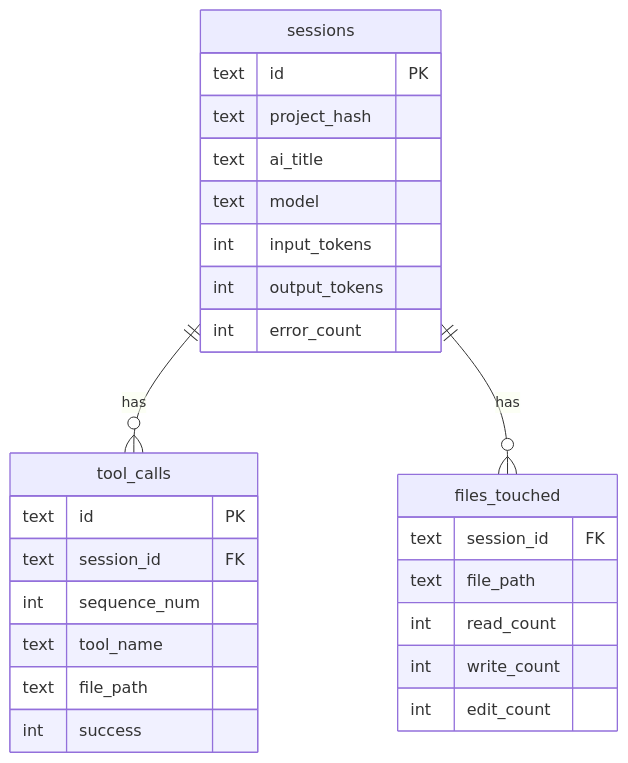
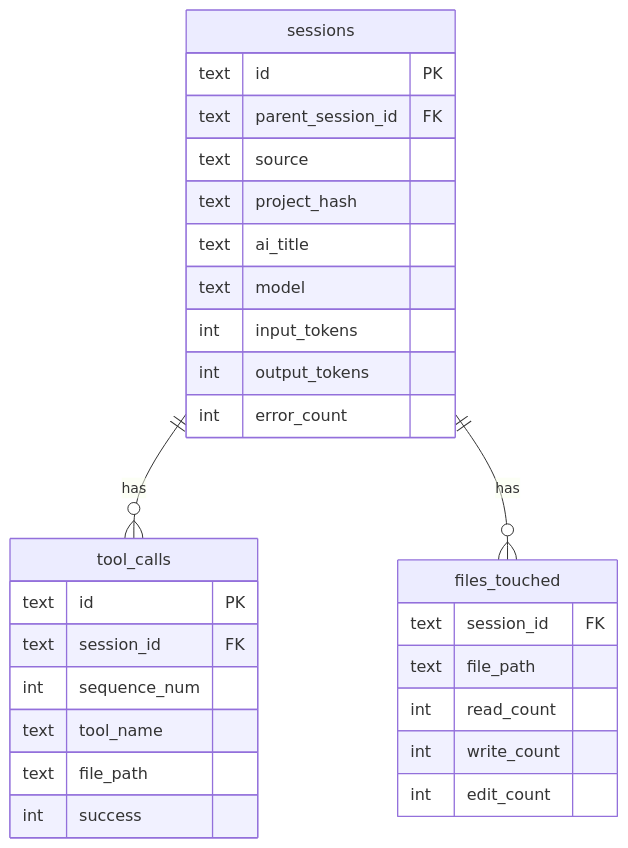
One commit to MohammadYusif/agentslog changed the third of 3 diagrams in README.md. Above: the diagram before and after it, drawn with Mermaid. The commit also changed other lines of this file and 2 other files, not shown here.

````diff
--- a/README.md
+++ b/README.md
@@ -242,29 +289,31 @@
 ```mermaid
 erDiagram
     sessions ||--o{ tool_calls : has
     sessions ||--o{ files_touched : has
     sessions {
         text id PK
+        text parent_session_id FK
+        text source
         text project_hash
         text ai_title
         text model
         int input_tokens
         int output_tokens
         int error_count
     }
     tool_calls {
         text id PK
         text session_id FK
         int sequence_num
         text tool_name
         text file_path
         int success
     }
     files_touched {
         text session_id FK
         text file_path
         int read_count
         int write_count
         int edit_count
     }
 ```
````
